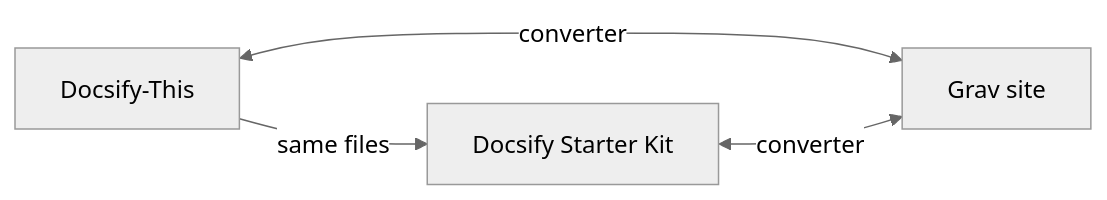
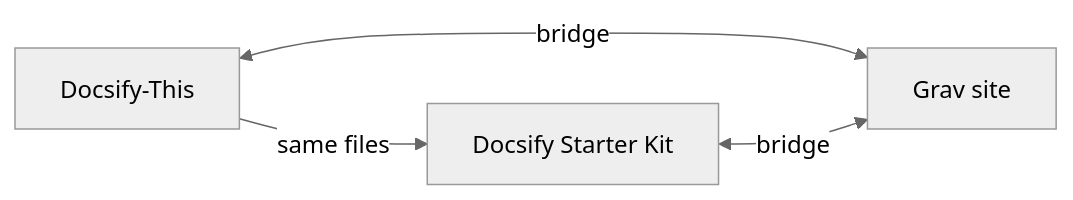
The diagram in docsify/moving-to-grav.md (paulhibbitts/docsify-this-read-move-reuse-site), drawn with Mermaid (neutral theme) before and after one commit. The commit also changed other lines of this file and 13 other files, not shown here.

Commit message:
Converter renamed the Open Publishing Course Space Bridge, at its new address.

````diff
--- a/docsify/moving-to-grav.md
+++ b/docsify/moving-to-grav.md
@@ -9,8 +9,8 @@
 ```mermaid
 flowchart LR
   accTitle: Moving between Docsify and Grav
-  accDescr: The same Markdown files move from Docsify-This to a Docsify Starter Kit, and between either of them and a Grav site with a free converter, in both directions.
+  accDescr: The same Markdown files move from Docsify-This to a Docsify Starter Kit, and between either of them and a Grav site with a free bridge, in both directions.
   A[Docsify-This] -- same files --> B[Docsify Starter Kit]
-  A <-- converter --> C[Grav site]
-  B <-- converter --> C
+  A <-- bridge --> C[Grav site]
+  B <-- bridge --> C
 ```
````
